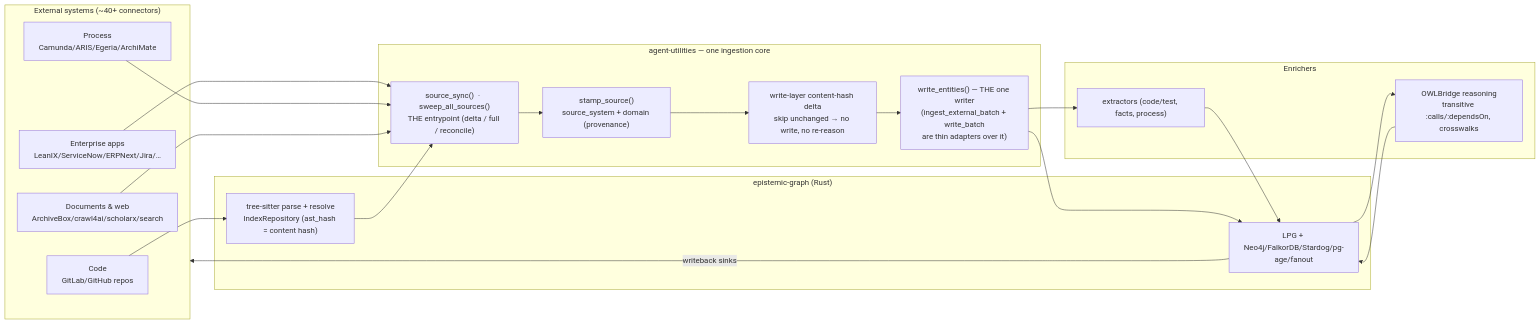
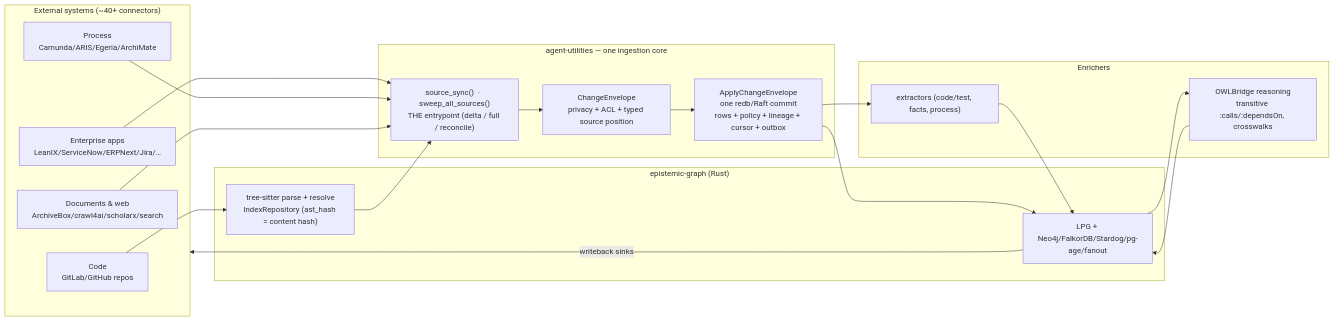
The first of 3 diagrams in docs/architecture/kg_connectors_and_ingestion.md (Knuckles-Team/agent-utilities), drawn with Mermaid before and after one commit. The commit also changed other lines of this file and 3818 other files, not shown here.

````diff
--- a/docs/architecture/kg_connectors_and_ingestion.md
+++ b/docs/architecture/kg_connectors_and_ingestion.md
@@ -16,33 +16,32 @@
 ```mermaid
 flowchart LR
   subgraph SRC["External systems (~40+ connectors)"]
     EA["Enterprise apps\nLeanIX/ServiceNow/ERPNext/Jira/…"]
     CODE["Code\nGitLab/GitHub repos"]
     PROC["Process\nCamunda/ARIS/Egeria/ArchiMate"]
     DOC["Documents & web\nArchiveBox/crawl4ai/scholarx/search"]
   end
 
   subgraph CORE["agent-utilities — one ingestion core"]
     SS["source_sync()  ·  sweep_all_sources()\nTHE entrypoint (delta / full / reconcile)"]
-    PROV["stamp_source()\nsource_system + domain (provenance)"]
-    DELTA["write-layer content-hash delta\nskip unchanged → no write, no re-reason"]
-    WB["write_entities() — THE one writer\n(ingest_external_batch + write_batch\nare thin adapters over it)"]
+    ENV["ChangeEnvelope\nprivacy + ACL + typed source position"]
+    WB["ApplyChangeEnvelope\none redb/Raft commit\nrows + policy + lineage + cursor + outbox"]
   end
 
   subgraph EG["epistemic-graph (Rust)"]
     PARSE["tree-sitter parse + resolve\nIndexRepository (ast_hash = content hash)"]
     STORE["LPG + Neo4j/FalkorDB/Stardog/pg-age/fanout"]
   end
 
   subgraph ENR["Enrichers"]
     OWL["OWLBridge reasoning\ntransitive :calls/:dependsOn, crosswalks"]
     EXTR["extractors (code/test, facts, process)"]
   end
 
   EA & PROC & DOC --> SS
   CODE --> PARSE --> SS
-  SS --> PROV --> DELTA --> WB --> STORE
+  SS --> ENV --> WB --> STORE
   STORE --> OWL --> STORE
   WB --> EXTR --> STORE
   STORE -->|writeback sinks| SRC
 ```
````
